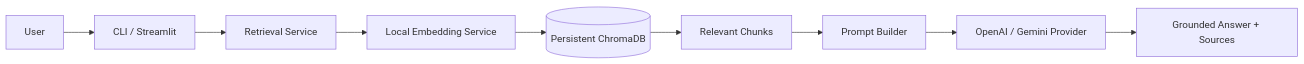
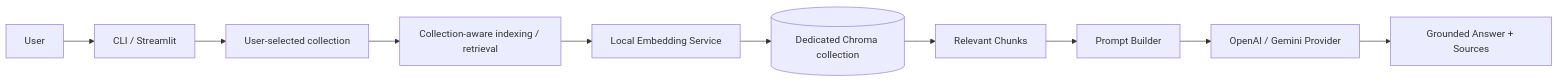
The diagram in README.md (berkin9/MiniRAG-Assistant), drawn with Mermaid before and after one commit. The commit also changed other lines of this file and 15 other files, not shown here.

Commit message:
initialize multirag collection-aware retrieval foundation

````diff
--- a/README.md
+++ b/README.md
@@ -28,11 +29,12 @@
 ```mermaid
 flowchart LR
     U[User] --> E[CLI / Streamlit]
-    E --> R[Retrieval Service]
+    E --> S[User-selected collection]
+    S --> R[Collection-aware indexing / retrieval]
     R --> EM[Local Embedding Service]
-    EM --> C[(Persistent ChromaDB)]
+    EM --> C[(Dedicated Chroma collection)]
     C --> RC[Relevant Chunks]
     RC --> P[Prompt Builder]
     P --> L[OpenAI / Gemini Provider]
     L --> A[Grounded Answer + Sources]
 ```
````
